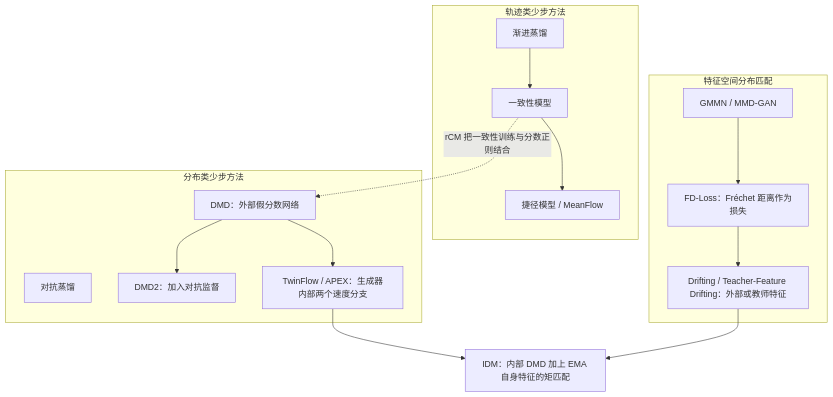
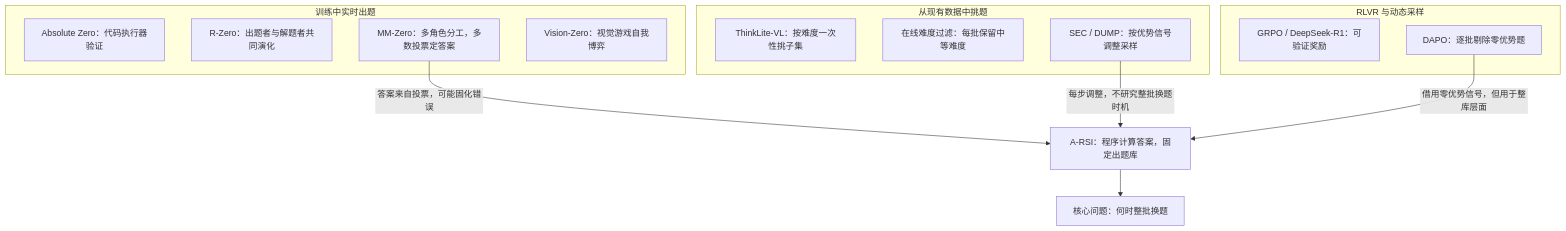
One commit to yingwang/paper-reads changed the first of 6 diagrams in docs/index.md. Above: the diagram before and after it, drawn with Mermaid. The commit also changed other lines of this file and 2 other files, not shown here.

First line of the commit message:
Add 2026-10-31-a-rsi-adaptive-task-refresh-zero-data-self-improvement

````diff
--- a/docs/index.md
+++ b/docs/index.md
@@ -109,19 +81,22 @@
 ```mermaid
 flowchart TB
-    subgraph T["轨迹类少步方法"]
-        A1["渐进蒸馏"] --> A2["一致性模型"]
-        A2 --> A3["捷径模型 / MeanFlow"]
+    subgraph G["训练中实时出题"]
+        G1["Absolute Zero：代码执行器验证"]
+        G2["R-Zero：出题者与解题者共同演化"]
+        G3["MM-Zero：多角色分工，多数投票定答案"]
+        G4["Vision-Zero：视觉游戏自我博弈"]
     end
-    subgraph B["分布类少步方法"]
-        B1["对抗蒸馏"]
-        B2["DMD：外部假分数网络"] --> B3["DMD2：加入对抗监督"]
-        B2 --> B4["TwinFlow / APEX：生成器内部两个速度分支"]
+    subgraph S["从现有数据中挑题"]
+        S1["ThinkLite-VL：按难度一次性挑子集"]
+        S2["在线难度过滤：每批保留中等难度"]
+        S3["SEC / DUMP：按优势信号调整采样"]
     end
-    subgraph C["特征空间分布匹配"]
-        C1["GMMN / MMD-GAN"] --> C2["FD-Loss：Fréchet 距离作为损失"]
-        C2 --> C3["Drifting / Teacher-Feature Drifting：外部或教师特征"]
+    subgraph R["RLVR 与动态采样"]
+        R1["GRPO / DeepSeek-R1：可验证奖励"]
+        R2["DAPO：逐批剔除零优势题"]
     end
-    A2 -.->|"rCM 把一致性训练与分数正则结合"| B2
-    B4 --> D["IDM：内部 DMD 加上 EMA 自身特征的矩匹配"]
-    C3 --> D
+    G3 -->|"答案来自投票，可能固化错误"| A["A-RSI：程序计算答案，固定出题库"]
+    S3 -->|"每步调整，不研究整批换题时机"| A
+    R2 -->|"借用零优势信号，但用于整库层面"| A
+    A --> Q["核心问题：何时整批换题"]
 ```
````
